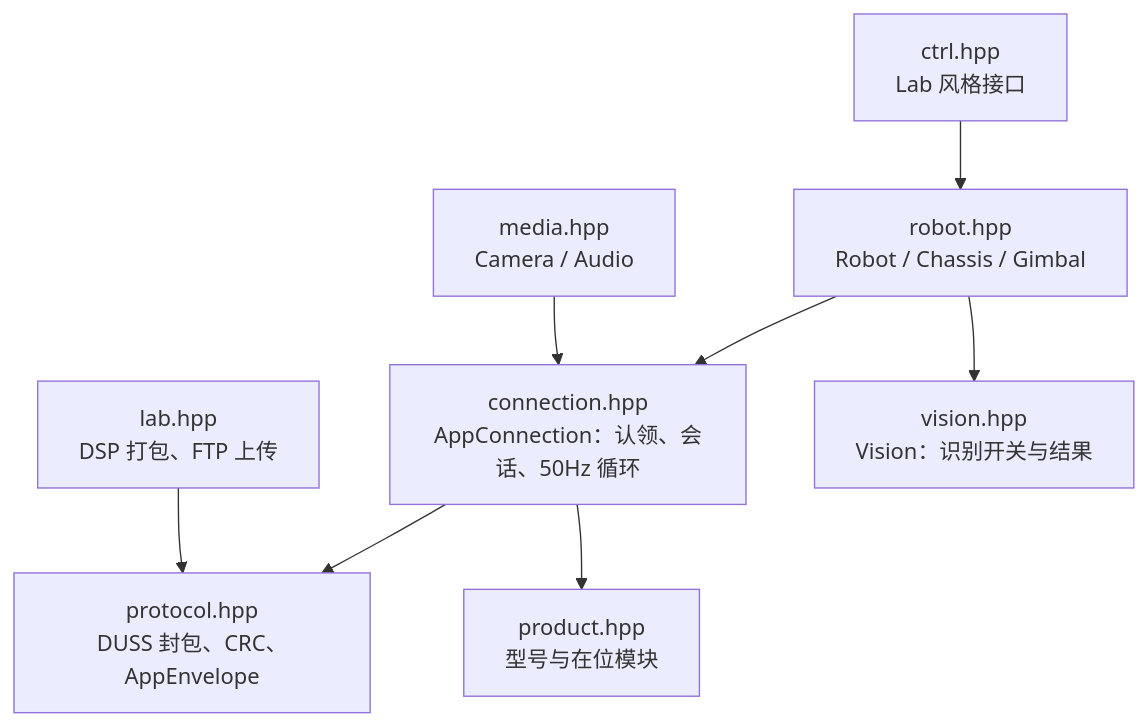
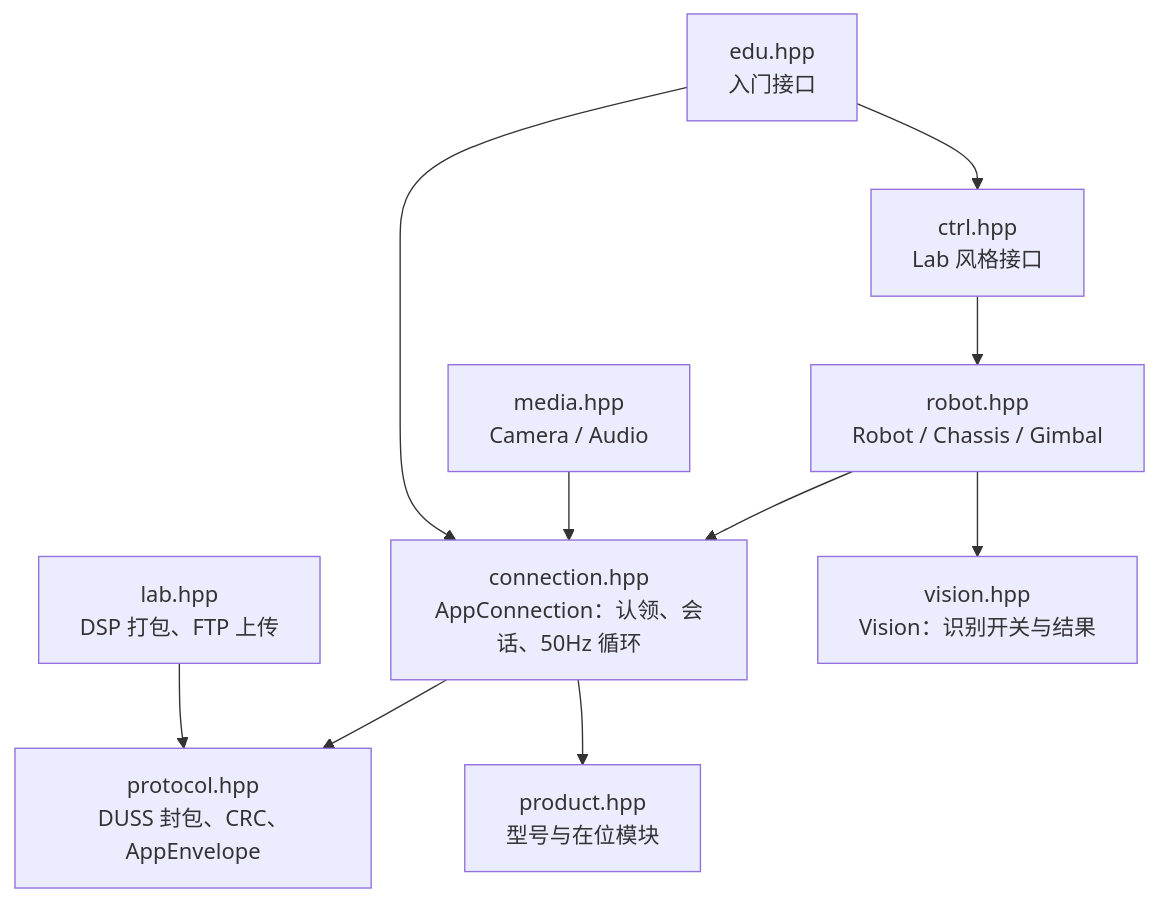
The diagram in cpp/README.md (ggyy0124-cell/hanppie), drawn with Mermaid before and after one commit. The commit also changed other lines of this file and 9 other files, not shown here.

First line of the commit message:
feat(cpp): 新增面向初学者的 hanppie::edu 入门接口

````diff
--- a/cpp/README.md
+++ b/cpp/README.md
@@ -217,10 +252,12 @@
 ```mermaid
 flowchart TD
     R["robot.hpp<br/>Robot / Chassis / Gimbal"] --> C["connection.hpp<br/>AppConnection：认领、会话、50Hz 循环"]
     M["media.hpp<br/>Camera / Audio"] --> C
     C --> P["protocol.hpp<br/>DUSS 封包、CRC、AppEnvelope"]
     C --> PR["product.hpp<br/>型号与在位模块"]
     L["lab.hpp<br/>DSP 打包、FTP 上传"] --> P
     R --> V["vision.hpp<br/>Vision：识别开关与结果"]
     LC["ctrl.hpp<br/>Lab 风格接口"] --> R
+    E["edu.hpp<br/>入门接口"] --> LC
+    E --> C
 ```
````
